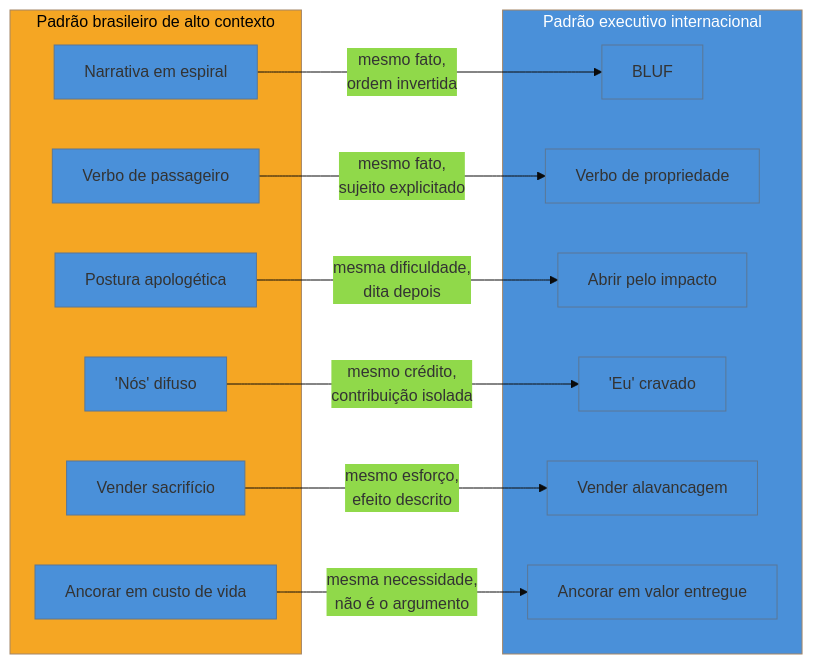
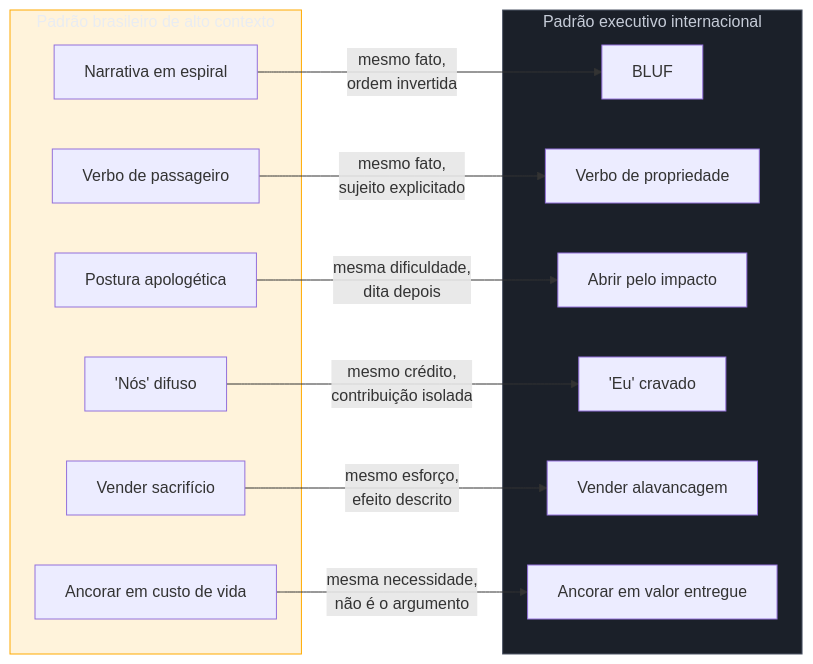
One commit to josenaldo/codex-technomanticus changed the diagram in 03-Dominios/Carreira/Currículo/24 - Mercados, e o Brazilian Cultural Bug.md. Above: the diagram before and after it, drawn with Mermaid. The commit also changed 1181 other files, not shown here.

First line of the commit message:
fix(diagramas): paleta do sistema no lugar de cor cravada no markdown

````diff
--- a/03-Dominios/Carreira/Currículo/24 - Mercados, e o Brazilian Cultural Bug.md
+++ b/03-Dominios/Carreira/Currículo/24 - Mercados, e o Brazilian Cultural Bug.md
@@ -94,29 +94,30 @@
 ```mermaid
-%%{init: {"theme": "base", "themeVariables": {"primaryColor": "#4A90D9"}}}%%
 graph LR
+    classDef destaque fill:#FFAA0024,stroke:#FFAA00,color:#E9ECF2
+    classDef neutro fill:#1B2029,stroke:#4E5666,color:#C6CCD8
     subgraph BR["Padrão brasileiro de alto contexto"]
         B1["Narrativa em espiral"]
         B2["Verbo de passageiro"]
         B3["Postura apologética"]
         B4["'Nós' difuso"]
         B5["Vender sacrifício"]
         B6["Ancorar em custo de vida"]
     end
     subgraph EX["Padrão executivo internacional"]
         E1["BLUF"]
         E2["Verbo de propriedade"]
         E3["Abrir pelo impacto"]
         E4["'Eu' cravado"]
         E5["Vender alavancagem"]
         E6["Ancorar em valor entregue"]
     end
     B1 -->|"mesmo fato,<br/>ordem invertida"| E1
     B2 -->|"mesmo fato,<br/>sujeito explicitado"| E2
     B3 -->|"mesma dificuldade,<br/>dita depois"| E3
     B4 -->|"mesmo crédito,<br/>contribuição isolada"| E4
     B5 -->|"mesmo esforço,<br/>efeito descrito"| E5
     B6 -->|"mesma necessidade,<br/>não é o argumento"| E6
 
-    style BR fill:#F5A623,color:#000
-    style EX fill:#4A90D9,color:#fff
+    class BR destaque
+    class EX neutro
 ```
````
